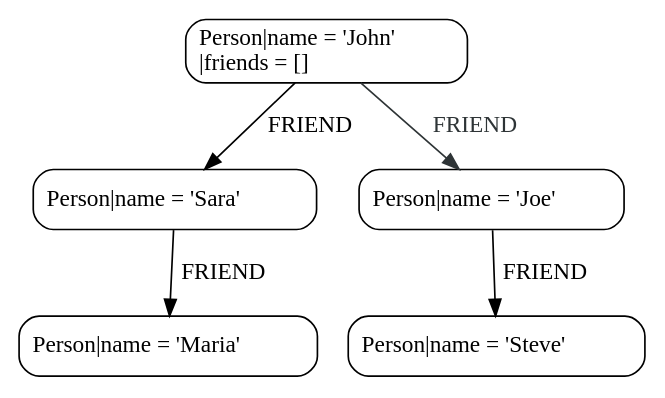
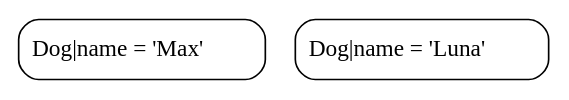
The third of 6 diagrams in modules/ROOT/pages/clauses/clause-composition.adoc (neo4j/docs-cypher), drawn with Graphviz before and after one commit. The commit also changed other lines of this file, not shown here.

```diff
--- a/modules/ROOT/pages/clauses/clause-composition.adoc
+++ b/modules/ROOT/pages/clauses/clause-composition.adoc
@@ -771,34 +391,11 @@
 [graphviz]
 ----
 digraph L { node [shape=record style=rounded];
-N0 [
-label = "{Person\|name = \'John\'\l\|friends = []\l}"
+N5 [
+label = "{Dog\|name = \'Max\'\l}"
 ]
-N0 -> N3 [
-label = "FRIEND\n"
-]
-N0 -> N1 [
-color = "#2e3436"
-fontcolor = "#2e3436"
-label = "FRIEND\n"
-]
-N1 [
-label = "{Person\|name = \'Joe\'\l}"
-]
-N1 -> N2 [
-label = "FRIEND\n"
-]
-N2 [
-label = "{Person\|name = \'Steve\'\l}"
-]
-N3 [
-label = "{Person\|name = \'Sara\'\l}"
-]
-N3 -> N4 [
-label = "FRIEND\n"
-]
-N4 [
-label = "{Person\|name = \'Maria\'\l}"
+N6 [
+label = "{Dog\|name = \'Luna\'\l}"
 ]
 }
 ----
```
